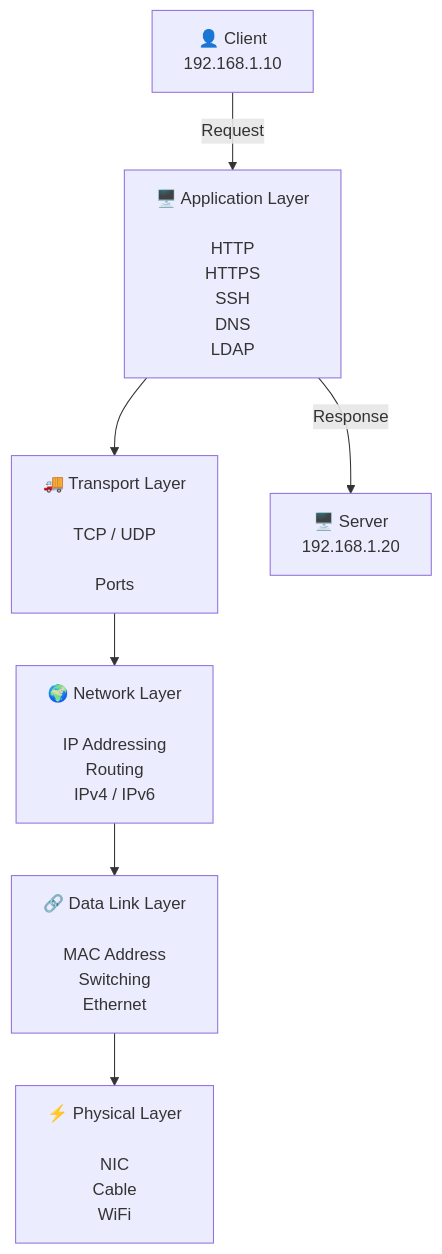
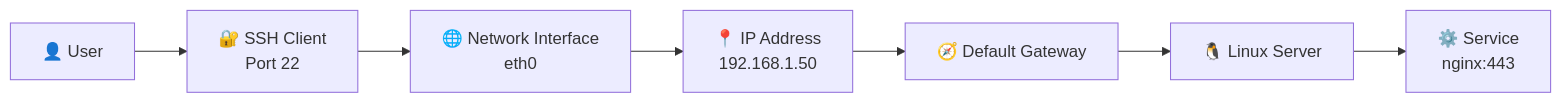
Before and after one commit to b-ShakeriFard/dev-ops: the diagram in 01-Linux/06-Networking/01-Networking-basics/README.md, drawn with Mermaid.

````diff
--- a/01-Linux/06-Networking/01-Networking-basics/README.md
+++ b/01-Linux/06-Networking/01-Networking-basics/README.md
@@ -24,29 +24,26 @@
 ```mermaid
-flowchart TB
+flowchart LR
 
-    APP["🖥️ Application Layer<br/><br/>HTTP<br/>HTTPS<br/>SSH<br/>DNS<br/>LDAP"]
+    USER["👤 User"]
 
-    TRANS["🚚 Transport Layer<br/><br/>TCP / UDP<br/><br/>Ports"]
+    SSH["🔐 SSH Client<br/>Port 22"]
 
-    NET["🌍 Network Layer<br/><br/>IP Addressing<br/>Routing<br/>IPv4 / IPv6"]
+    NIC["🌐 Network Interface<br/>eth0"]
 
-    LINK["🔗 Data Link Layer<br/><br/>MAC Address<br/>Switching<br/>Ethernet"]
+    IP["📍 IP Address<br/>192.168.1.50"]
 
-    PHY["⚡ Physical Layer<br/><br/>NIC<br/>Cable<br/>WiFi"]
+    ROUTER["🧭 Default Gateway"]
+
+    SERVER["🐧 Linux Server"]
+
+    SERVICE["⚙️ Service<br/>nginx:443"]
 
 
-    APP --> TRANS
-    TRANS --> NET
-    NET --> LINK
-    LINK --> PHY
-
-
-    CLIENT["👤 Client<br/>192.168.1.10"]
-
-    SERVER["🖥️ Server<br/>192.168.1.20"]
-
-
-    CLIENT -->|Request| APP
-    APP -->|Response| SERVER
+    USER --> SSH
+    SSH --> NIC
+    NIC --> IP
+    IP --> ROUTER
+    ROUTER --> SERVER
+    SERVER --> SERVICE
 
 ```
````
